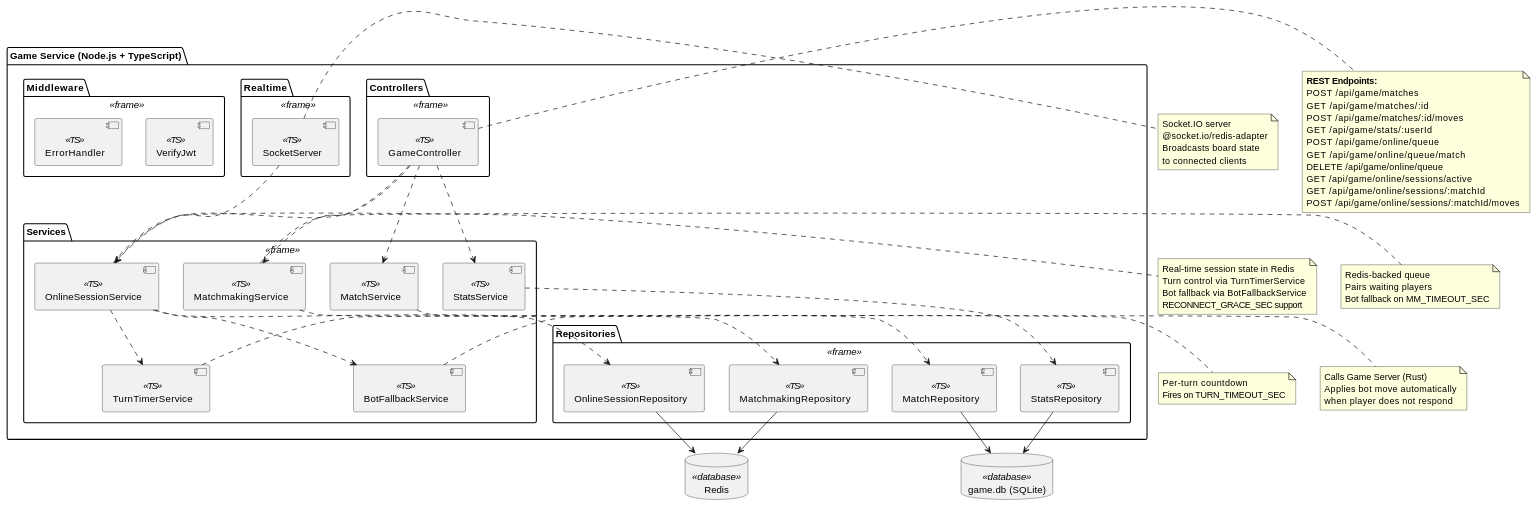
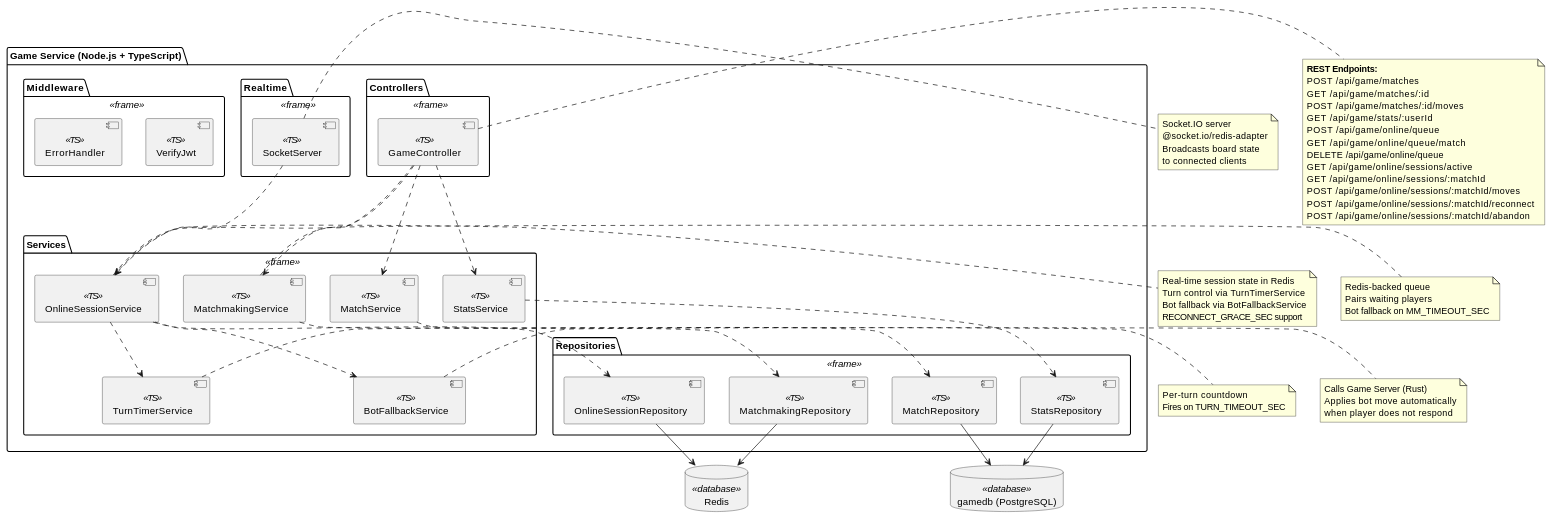
The fourth of 5 diagrams in docs/src/05_building_block_view.adoc (Arquisoft/yovi_es1c), drawn with PlantUML before and after one commit. The commit also changed other lines of this file and 12 other files, not shown here.

Commit message:
Updated documentation to include HTTPS and PostgreSQL database migrations

```diff
--- a/docs/src/05_building_block_view.adoc
+++ b/docs/src/05_building_block_view.adoc
@@ -405,7 +405,7 @@
   }
 }
 
-database "game.db (SQLite)" as gamedb <<database>>
+database "gamedb (PostgreSQL)" as gamedb <<database>>
 database "Redis" as redis <<database>>
 
 [GameController] ..> [MatchService]
@@ -440,6 +440,8 @@
   GET    /api/game/online/sessions/active
   GET    /api/game/online/sessions/:matchId
   POST   /api/game/online/sessions/:matchId/moves
+  POST   /api/game/online/sessions/:matchId/reconnect
+  POST   /api/game/online/sessions/:matchId/abandon
 end note
 
 note right of [MatchmakingService]
```
